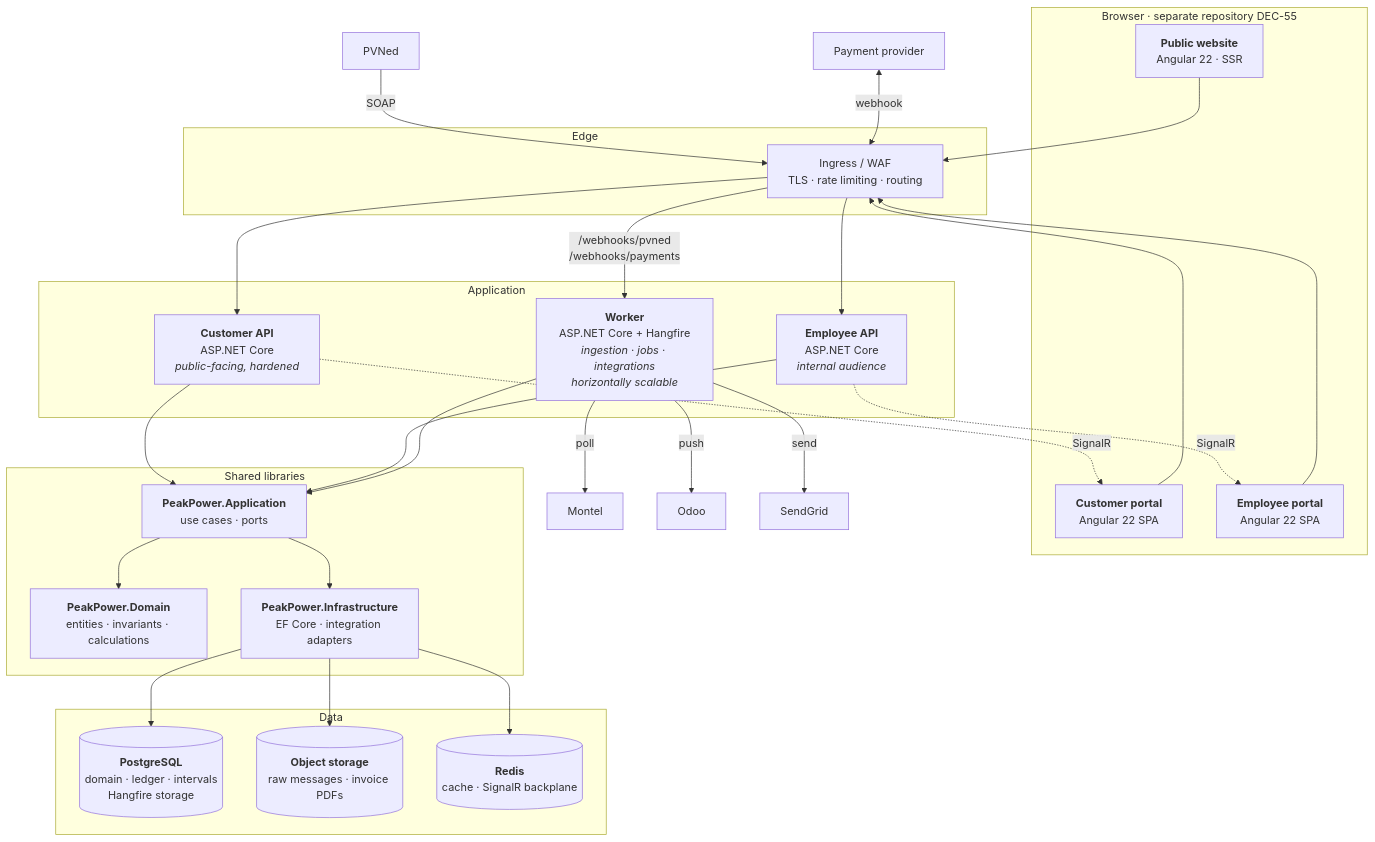
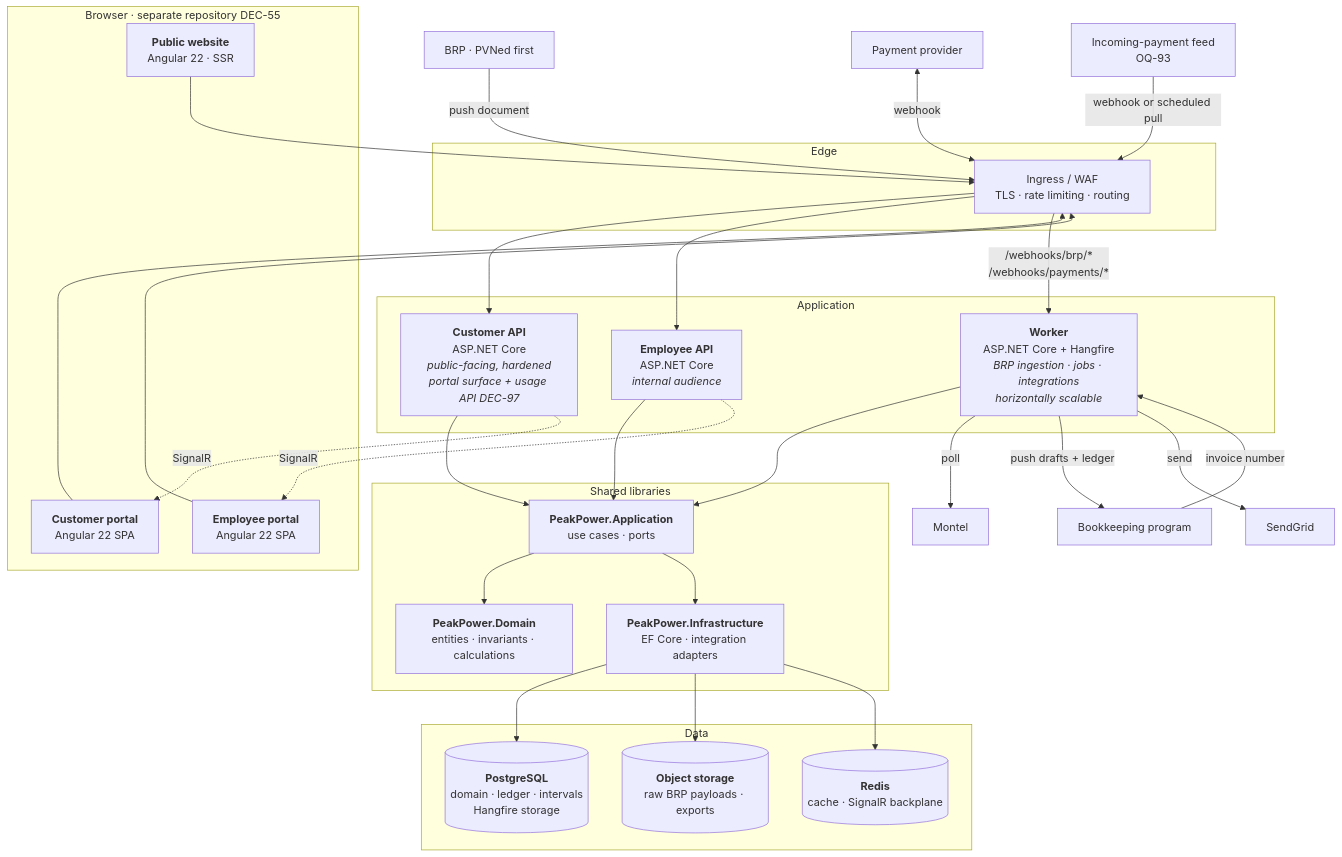
The second of 3 diagrams in specs/20-architecture/01-architecture-overview.md (lukastosic-ifd/peakpowerspecs), drawn with Mermaid before and after one commit. The commit also changed other lines of this file and 66 other files, not shown here.

````diff
--- a/specs/20-architecture/01-architecture-overview.md
+++ b/specs/20-architecture/01-architecture-overview.md
@@ -58,55 +98,57 @@
 ```mermaid
 flowchart TB
     subgraph client["Browser · separate repository DEC-55"]
         WEB["<b>Public website</b><br/>Angular 22 · SSR"]
         CPORTAL["<b>Customer portal</b><br/>Angular 22 SPA"]
         EPORTAL["<b>Employee portal</b><br/>Angular 22 SPA"]
     end
 
     subgraph edge["Edge"]
         GW["Ingress / WAF<br/>TLS · rate limiting · routing"]
     end
 
     subgraph compute["Application"]
-        CAPI["<b>Customer API</b><br/>ASP.NET Core<br/><i>public-facing, hardened</i>"]
+        CAPI["<b>Customer API</b><br/>ASP.NET Core<br/><i>public-facing, hardened</i><br/><i>portal surface + usage API DEC-97</i>"]
         EAPI["<b>Employee API</b><br/>ASP.NET Core<br/><i>internal audience</i>"]
-        WORKER["<b>Worker</b><br/>ASP.NET Core + Hangfire<br/><i>ingestion · jobs · integrations</i><br/><i>horizontally scalable</i>"]
+        WORKER["<b>Worker</b><br/>ASP.NET Core + Hangfire<br/><i>BRP ingestion · jobs · integrations</i><br/><i>horizontally scalable</i>"]
     end
 
     subgraph shared["Shared libraries"]
         DOMAIN["<b>PeakPower.Domain</b><br/>entities · invariants · calculations"]
         APPL["<b>PeakPower.Application</b><br/>use cases · ports"]
         INFRA["<b>PeakPower.Infrastructure</b><br/>EF Core · integration adapters"]
     end
 
     subgraph data["Data"]
         PG[("<b>PostgreSQL</b><br/>domain · ledger · intervals<br/>Hangfire storage")]
-        BLOB[("<b>Object storage</b><br/>raw messages · invoice PDFs")]
+        BLOB[("<b>Object storage</b><br/>raw BRP payloads · exports")]
         CACHE[("<b>Redis</b><br/>cache · SignalR backplane")]
     end
 
     WEB --> GW
     CPORTAL --> GW
     EPORTAL --> GW
     GW --> CAPI
     GW --> EAPI
-    GW -->|"/webhooks/pvned<br/>/webhooks/payments"| WORKER
+    GW -->|"/webhooks/brp/*<br/>/webhooks/payments/*"| WORKER
 
     CAPI --> APPL
     EAPI --> APPL
     WORKER --> APPL
     APPL --> DOMAIN
     APPL --> INFRA
     INFRA --> PG
     INFRA --> BLOB
     INFRA --> CACHE
 
     CAPI -.->|"SignalR"| CPORTAL
     EAPI -.->|"SignalR"| EPORTAL
 
     WORKER -->|"poll"| MONTEL["Montel"]
-    WORKER -->|"push"| ODOO["Odoo"]
+    WORKER -->|"push drafts + ledger"| BOOK["Bookkeeping program"]
+    BOOK -->|"invoice number"| WORKER
     WORKER -->|"send"| MAIL["SendGrid"]
-    PVNED["PVNed"] -->|"SOAP"| GW
+    BRP["BRP · PVNed first"] -->|"push document"| GW
     PSP["Payment provider"] <-->|"webhook"| GW
+    BANK["Incoming-payment feed<br/>OQ-93"] -->|"webhook or scheduled pull"| GW
 ```
````
